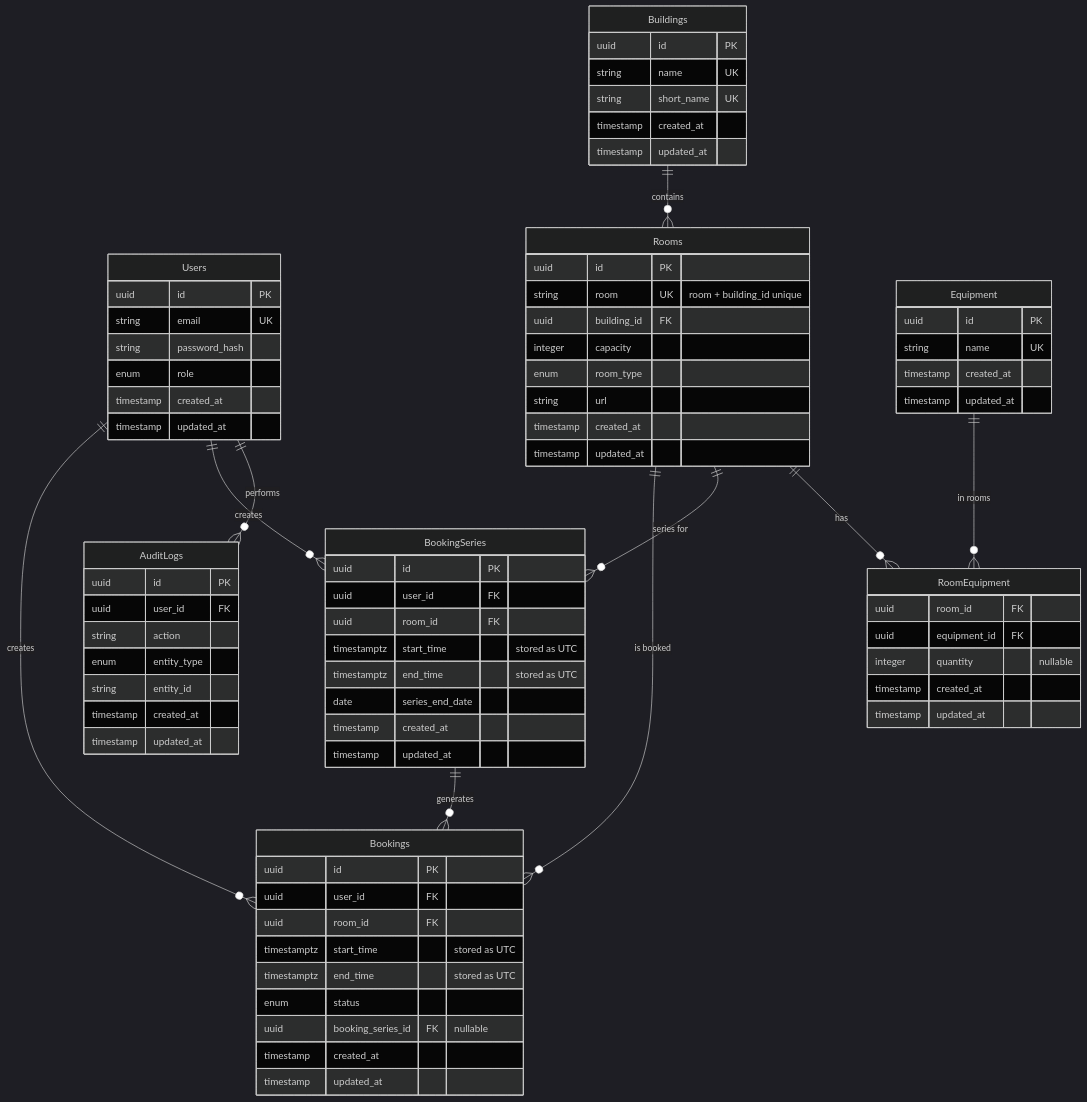
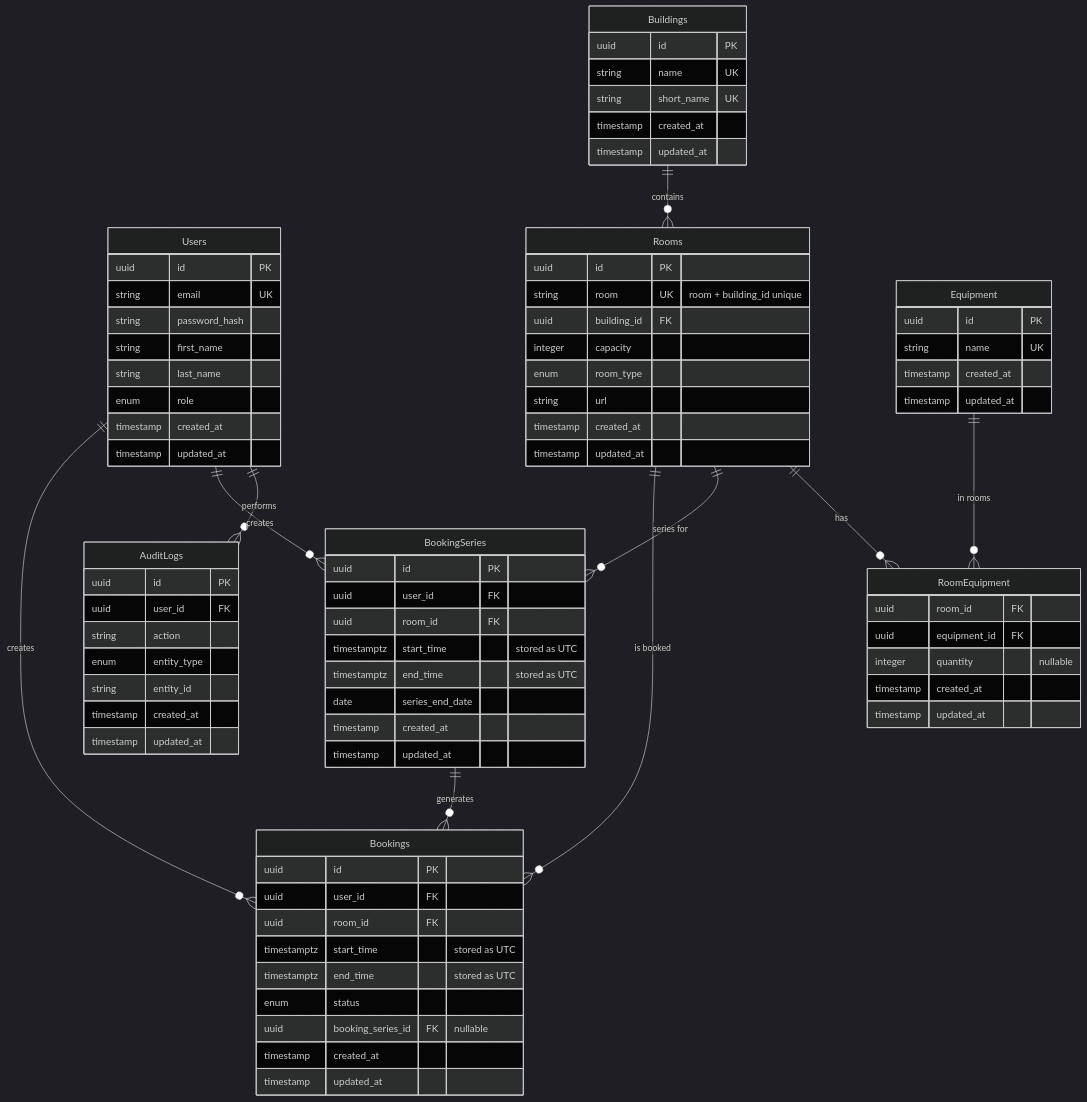
One commit to eric-handley/seng-350 changed the diagram in docs/db/schema.md. Above: the diagram before and after it, drawn with Mermaid (dark theme). The commit also changed 8 other files, not shown here.

Commit message:
Add first_name, last_name to users table

```diff
--- a/docs/db/schema.md
+++ b/docs/db/schema.md
@@ -4,6 +4,8 @@
         uuid id PK
         string email UK
         string password_hash
+        string first_name
+        string last_name
         enum role
         timestamp created_at
         timestamp updated_at
```
